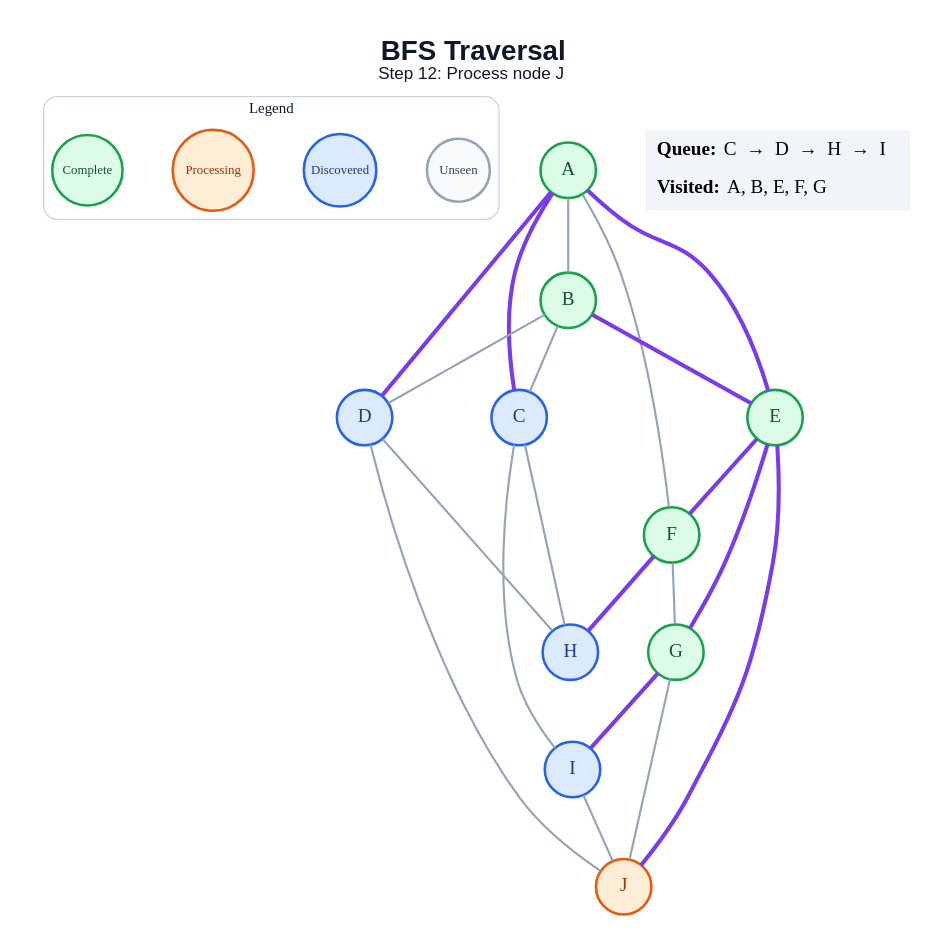
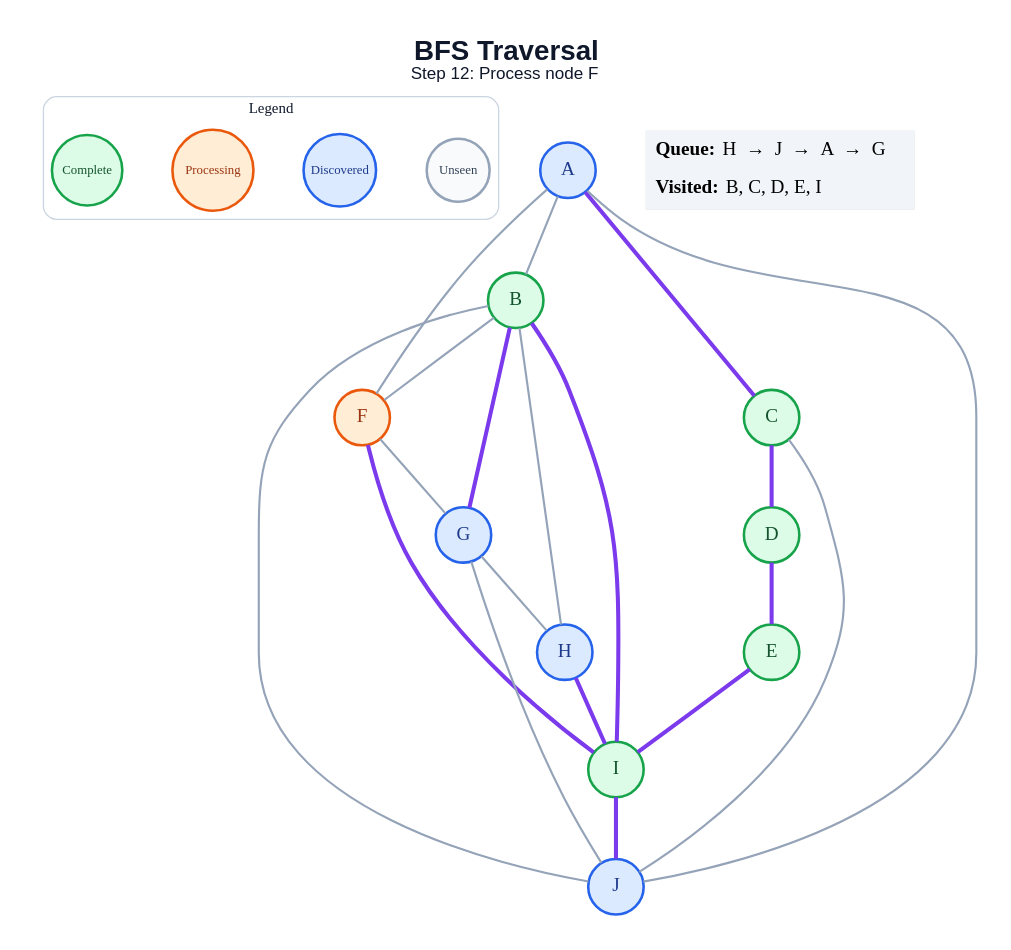
Before and after one commit to amanghodawala9/ai-slop: the diagram in generated/specific-node/bfs/step_12.dot, drawn with Graphviz. The commit also changed 178 other files, not shown here.

```diff
--- a/generated/specific-node/bfs/step_12.dot
+++ b/generated/specific-node/bfs/step_12.dot
@@ -1,49 +1,48 @@
 graph traversal {
   graph [layout=dot, rankdir=TB, bgcolor="#FFFFFF", pad="0.35", nodesep="0.65", ranksep="0.8", fontname="Arial"];
   node [shape=circle, style="filled", fontname="Arial Bold", fontsize=18, width=0.72, fixedsize=true, penwidth=2.4];
   edge [color="#94A3B8", penwidth=2.0];
-  label=<<B>BFS Traversal</B><BR/><FONT POINT-SIZE="16">Step 12: Process node J</FONT>>; labelloc="t"; fontsize=26; fontname="Arial"; fontcolor="#0F172A";
+  label=<<B>BFS Traversal</B><BR/><FONT POINT-SIZE="16">Step 12: Process node F</FONT>>; labelloc="t"; fontsize=26; fontname="Arial"; fontcolor="#0F172A";
   subgraph cluster_legend { label="Legend"; color="#CBD5E1"; penwidth=1.2; style="rounded"; fontsize=14; fontname="Arial Bold";
     key_unseen [label="Unseen", fillcolor="#F8FAFC", color="#94A3B8", fontcolor="#334155", fontsize=12, width=0.82];
     key_frontier [label="Discovered", fillcolor="#DBEAFE", color="#2563EB", fontcolor="#1E3A8A", fontsize=12, width=0.95];
     key_current [label="Processing", fillcolor="#FFEDD5", color="#EA580C", fontcolor="#9A3412", fontsize=12, width=1.05];
     key_done [label="Complete", fillcolor="#DCFCE7", color="#16A34A", fontcolor="#14532D", fontsize=12, width=0.92];
     { rank=same; key_unseen; key_frontier; key_current; key_done; }
   }
-  A [fillcolor="#DCFCE7", color="#16A34A", fontcolor="#14532D"];
+  A [fillcolor="#DBEAFE", color="#2563EB", fontcolor="#1E3A8A"];
   B [fillcolor="#DCFCE7", color="#16A34A", fontcolor="#14532D"];
-  C [fillcolor="#DBEAFE", color="#2563EB", fontcolor="#1E3A8A"];
-  D [fillcolor="#DBEAFE", color="#2563EB", fontcolor="#1E3A8A"];
+  C [fillcolor="#DCFCE7", color="#16A34A", fontcolor="#14532D"];
+  D [fillcolor="#DCFCE7", color="#16A34A", fontcolor="#14532D"];
   E [fillcolor="#DCFCE7", color="#16A34A", fontcolor="#14532D"];
-  F [fillcolor="#DCFCE7", color="#16A34A", fontcolor="#14532D"];
-  G [fillcolor="#DCFCE7", color="#16A34A", fontcolor="#14532D"];
+  F [fillcolor="#FFEDD5", color="#EA580C", fontcolor="#9A3412"];
+  G [fillcolor="#DBEAFE", color="#2563EB", fontcolor="#1E3A8A"];
   H [fillcolor="#DBEAFE", color="#2563EB", fontcolor="#1E3A8A"];
-  I [fillcolor="#DBEAFE", color="#2563EB", fontcolor="#1E3A8A"];
-  J [fillcolor="#FFEDD5", color="#EA580C", fontcolor="#9A3412"];
+  I [fillcolor="#DCFCE7", color="#16A34A", fontcolor="#14532D"];
+  J [fillcolor="#DBEAFE", color="#2563EB", fontcolor="#1E3A8A"];
   A -- B;
   A -- C [color="#7C3AED", penwidth=3.8];
-  A -- D [color="#7C3AED", penwidth=3.8];
-  A -- E [color="#7C3AED", penwidth=3.8];
   A -- F;
-  B -- C;
-  B -- D;
-  B -- E [color="#7C3AED", penwidth=3.8];
-  C -- H;
-  C -- I;
-  D -- H;
-  D -- J;
-  E -- F [color="#7C3AED", penwidth=3.8];
-  E -- G [color="#7C3AED", penwidth=3.8];
-  E -- J [color="#7C3AED", penwidth=3.8];
+  A -- J;
+  B -- F;
+  B -- G [color="#7C3AED", penwidth=3.8];
+  B -- H;
+  B -- I [color="#7C3AED", penwidth=3.8];
+  B -- J;
+  C -- D [color="#7C3AED", penwidth=3.8];
+  C -- J;
+  D -- E [color="#7C3AED", penwidth=3.8];
+  E -- I [color="#7C3AED", penwidth=3.8];
   F -- G;
-  F -- H [color="#7C3AED", penwidth=3.8];
-  G -- I [color="#7C3AED", penwidth=3.8];
+  F -- I [color="#7C3AED", penwidth=3.8];
+  G -- H;
   G -- J;
-  I -- J;
+  H -- I [color="#7C3AED", penwidth=3.8];
+  I -- J [color="#7C3AED", penwidth=3.8];
   status [shape=plain, fixedsize=false, width=0, height=0, margin=0, label=<
     <TABLE BORDER="0" CELLBORDER="0" CELLPADDING="7" BGCOLOR="#F1F5F9">
-      <TR><TD ALIGN="LEFT"><B>Queue:</B> C  →  D  →  H  →  I</TD></TR>
-      <TR><TD ALIGN="LEFT"><B>Visited:</B> A, B, E, F, G</TD></TR>
+      <TR><TD ALIGN="LEFT"><B>Queue:</B> H  →  J  →  A  →  G</TD></TR>
+      <TR><TD ALIGN="LEFT"><B>Visited:</B> B, C, D, E, I</TD></TR>
     </TABLE>
   >];
 }
```
